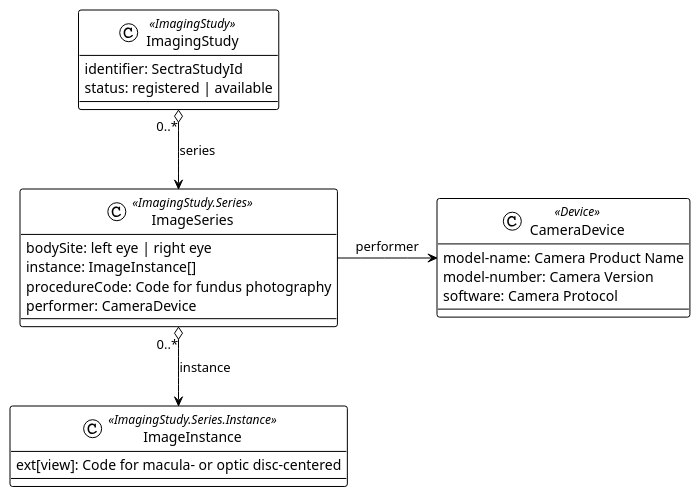
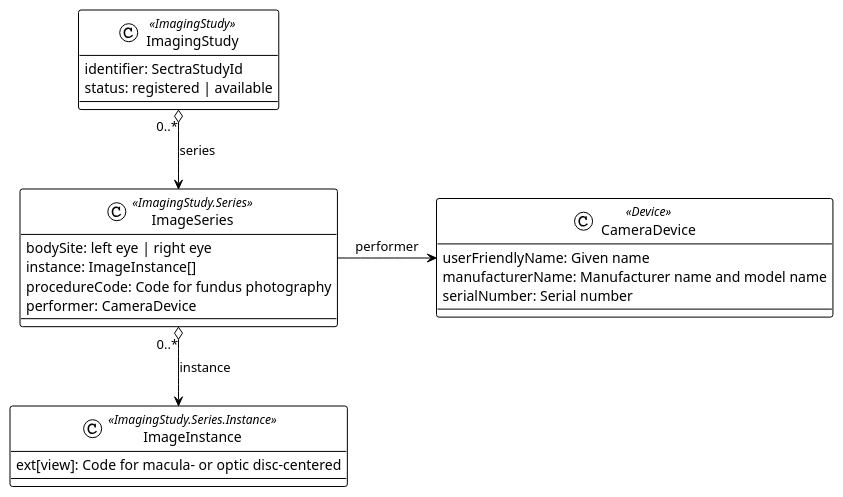
Before and after one commit to DIPSAS/DIPS-RetinaIntegration-IG: the diagram in docs/imagingstudy-structure.puml, drawn with PlantUML. The commit also changed 702 other files, not shown here.

```diff
--- a/docs/imagingstudy-structure.puml
+++ b/docs/imagingstudy-structure.puml
@@ -1,30 +1,30 @@
 @startuml imagingstudy-structure
 !theme plain
 
 class is as "ImagingStudy" <<ImagingStudy>> {
   identifier: SectraStudyId
   status: registered | available
 }
 
 class iss as "ImageSeries" <<ImagingStudy.Series>> {
   bodySite: left eye | right eye
   instance: ImageInstance[]
   procedureCode: Code for fundus photography
   performer: CameraDevice
 }
 
 class issi as "ImageInstance" <<ImagingStudy.Series.Instance>> {
   ext[view]: Code for macula- or optic disc-centered
 }
 
 Class CameraDevice <<Device>> {
-  model-name: Camera Product Name
-  model-number: Camera Version
-  software: Camera Protocol
+  userFriendlyName: Given name
+  manufacturerName: Manufacturer name and model name
+  serialNumber: Serial number
 }
 
 is "0..*" o--> iss : "series"
 iss "0..*" o--> issi : "instance"
 iss -right-> CameraDevice : "performer"
 
 @enduml
```
